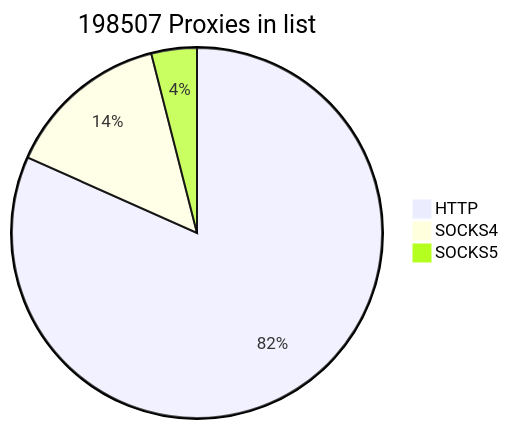
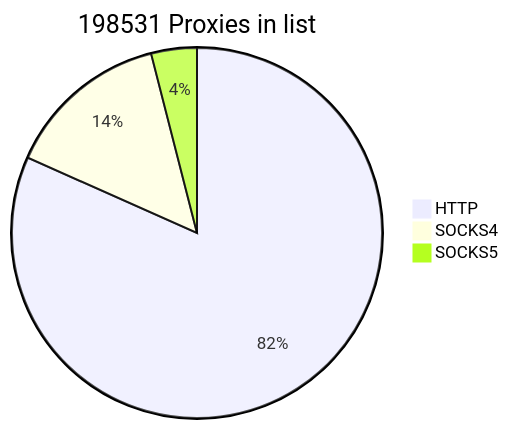
Before and after one commit to cutipu/proxylist: the first of 2 diagrams in README.md, drawn with Mermaid. The commit also changed other lines of this file, not shown here.

````diff
--- a/README.md
+++ b/README.md
@@ -2,7 +2,7 @@
 ```mermaid
-pie title 198507 Proxies in list
-    "HTTP" : 162134
-    "SOCKS4" : 28485
-    "SOCKS5" : 7888
+pie title 198531 Proxies in list
+    "HTTP" : 162135
+    "SOCKS4" : 28478
+    "SOCKS5" : 7918
             
 ```
````
